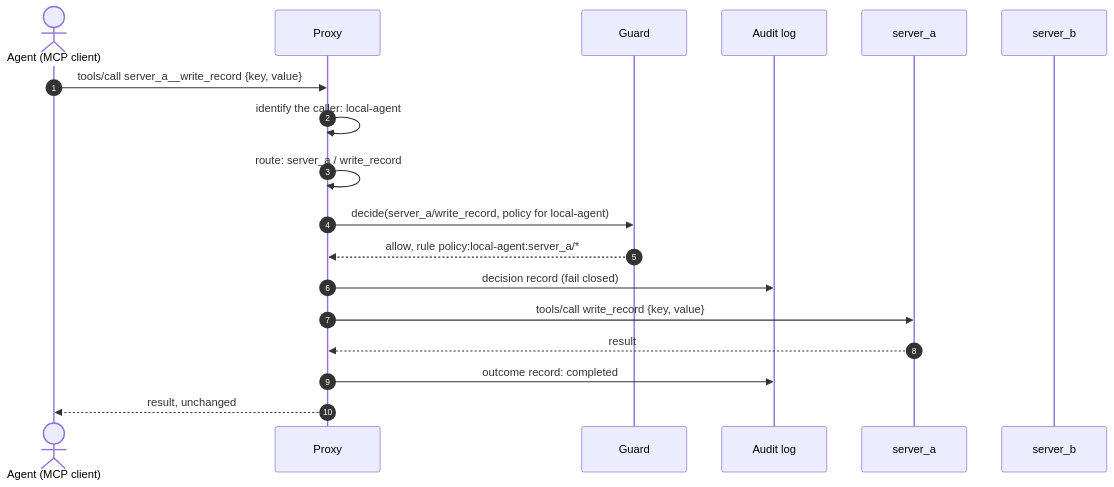
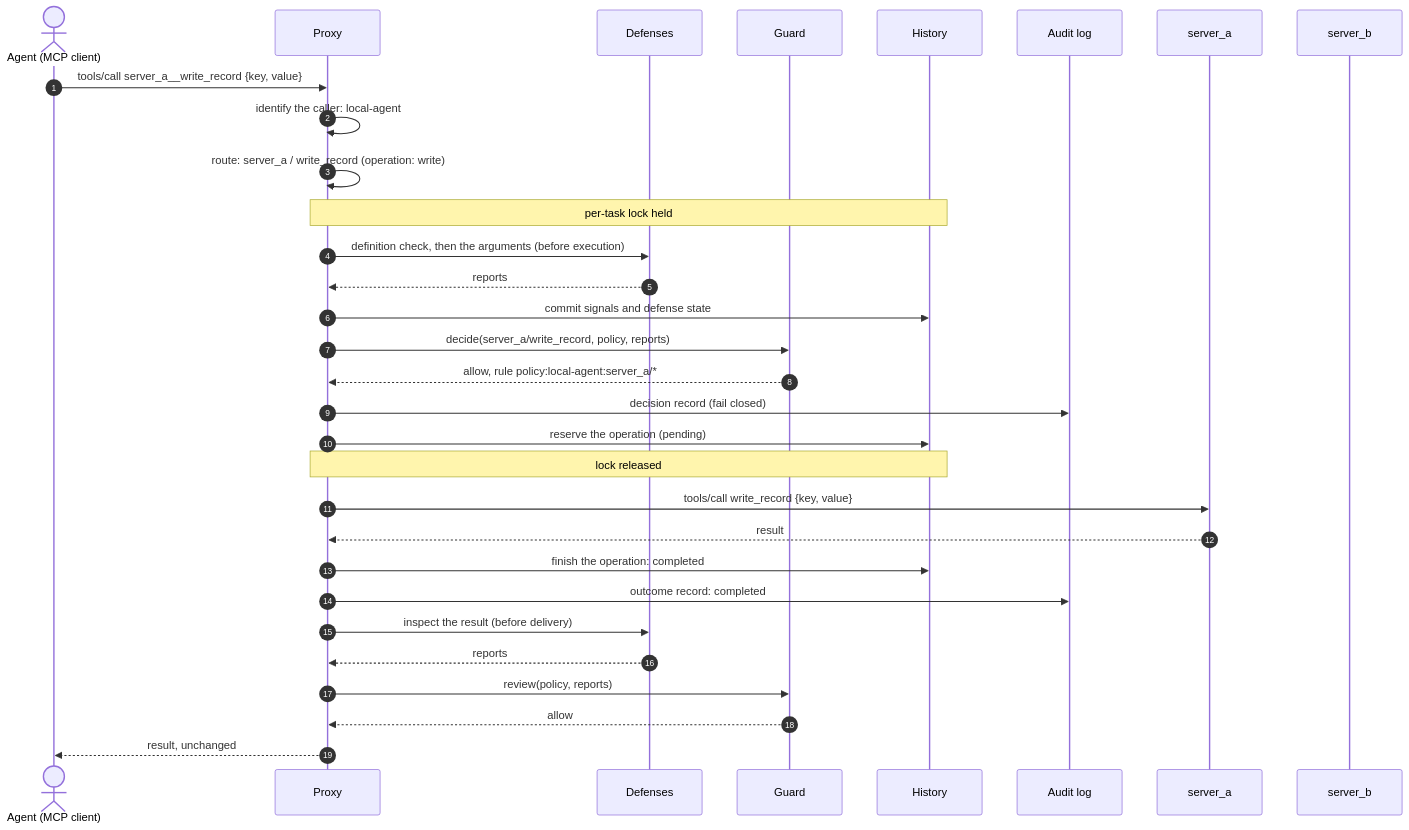
The third of 4 diagrams in docs/guide/how-it-works.md (taha-kahya/mcp-security-proxy), drawn with Mermaid before and after one commit. The commit also changed other lines of this file and 4 other files, not shown here.

````diff
--- a/docs/guide/how-it-works.md
+++ b/docs/guide/how-it-works.md
@@ -62,21 +78,34 @@
 ```mermaid
 sequenceDiagram
     autonumber
     actor C as Agent (MCP client)
     participant P as Proxy
+    participant R as Defenses
     participant G as Guard
+    participant H as History
     participant L as Audit log
     participant SA as server_a
     participant SB as server_b
 
     C->>P: tools/call server_a__write_record {key, value}
     P->>P: identify the caller: local-agent
-    P->>P: route: server_a / write_record
-    P->>G: decide(server_a/write_record, policy for local-agent)
+    P->>P: route: server_a / write_record (operation: write)
+    Note over P,H: per-task lock held
+    P->>R: definition check, then the arguments (before execution)
+    R-->>P: reports
+    P->>H: commit signals and defense state
+    P->>G: decide(server_a/write_record, policy, reports)
     G-->>P: allow, rule policy:local-agent:server_a/*
     P->>L: decision record (fail closed)
+    P->>H: reserve the operation (pending)
+    Note over P,H: lock released
     P->>SA: tools/call write_record {key, value}
     SA-->>P: result
+    P->>H: finish the operation: completed
     P->>L: outcome record: completed
+    P->>R: inspect the result (before delivery)
+    R-->>P: reports
+    P->>G: review(policy, reports)
+    G-->>P: allow
     P-->>C: result, unchanged
 ```
````
